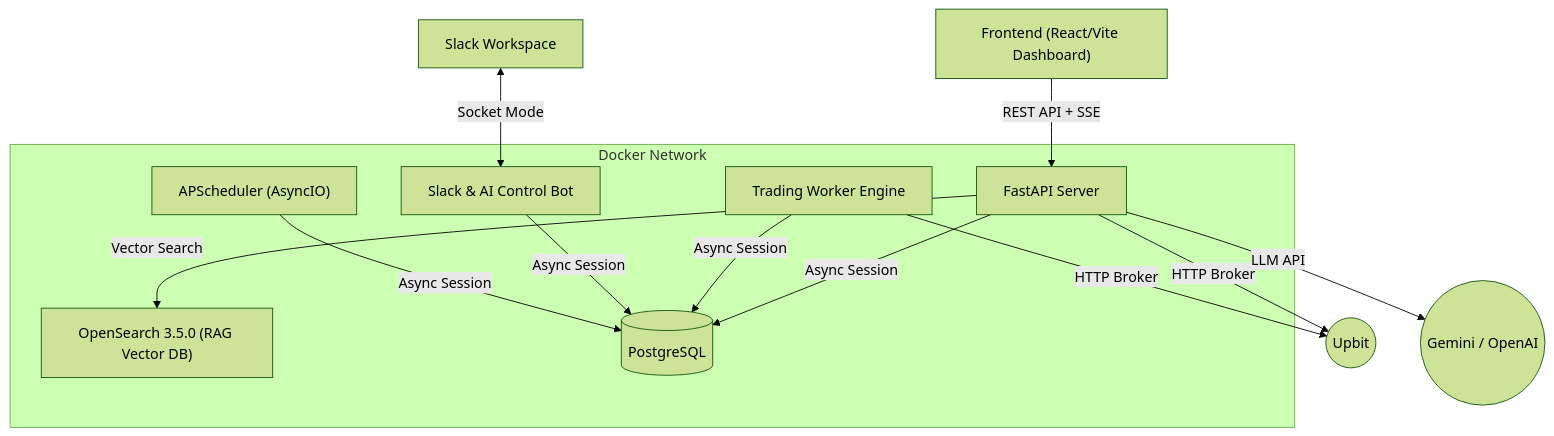
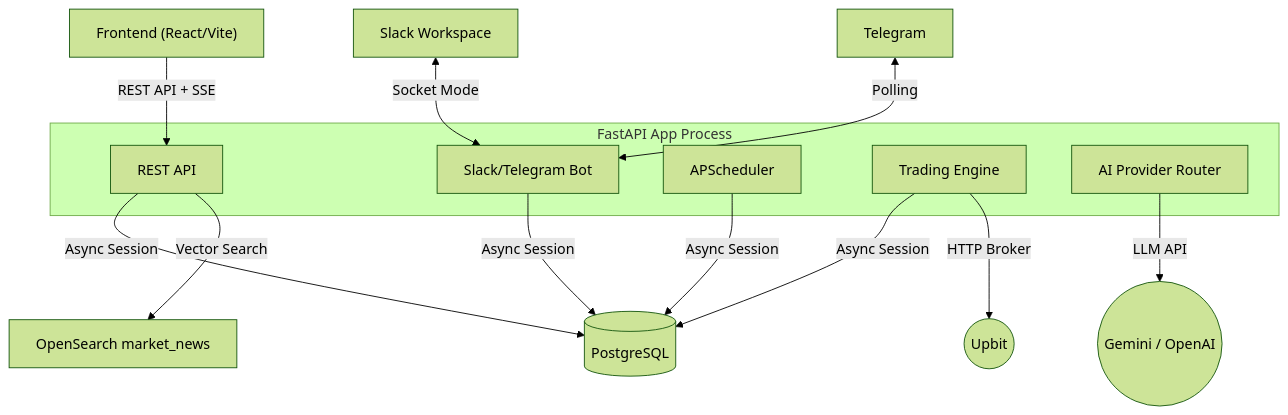
The first of 3 diagrams in docs/ARCHITECTURE.md (kaero313/ai-trade-manager), drawn with Mermaid (forest theme) before and after one commit. The commit also changed other lines of this file and 4 other files, not shown here.

````diff
--- a/docs/ARCHITECTURE.md
+++ b/docs/ARCHITECTURE.md
@@ -19,23 +21,22 @@
 ```mermaid
 graph TD
-    UI["Frontend (React/Vite Dashboard)"] -->|REST API + SSE| API
-    Slack["Slack Workspace"] <-->|Socket Mode| Bot
+    UI["Frontend (React/Vite)"] -->|REST API + SSE| API
+    Slack["Slack Workspace"] <-->|Socket Mode| Messenger
+    Telegram["Telegram"] <-->|Polling| Messenger
 
-    subgraph Docker Network
-        API["FastAPI Server"]
-        Worker["Trading Worker Engine"]
-        Bot["Slack & AI Control Bot"]
-        Scheduler["APScheduler (AsyncIO)"]
-        VectorDB["OpenSearch 3.5.0 (RAG Vector DB)"]
-
-        API -->|Async Session| DB[("PostgreSQL")]
-        Worker -->|Async Session| DB
-        Bot -->|Async Session| DB
-        Scheduler -->|Async Session| DB
-        API -->|Vector Search| VectorDB
+    subgraph AppProcess["FastAPI App Process"]
+        API["REST API"]
+        Scheduler["APScheduler"]
+        Engine["Trading Engine"]
+        Messenger["Slack/Telegram Bot"]
+        Router["AI Provider Router"]
     end
 
-    API -->|HTTP Broker| Broker(("Upbit"))
-    Worker -->|HTTP Broker| Broker
-    API -->|LLM API| LLM(("Gemini / OpenAI"))
+    API -->|Async Session| DB[("PostgreSQL")]
+    Scheduler -->|Async Session| DB
+    Engine -->|Async Session| DB
+    Messenger -->|Async Session| DB
+    Router -->|LLM API| LLM(("Gemini / OpenAI"))
+    API -->|Vector Search| VectorDB["OpenSearch market_news"]
+    Engine -->|HTTP Broker| Broker(("Upbit"))
 ```
````
